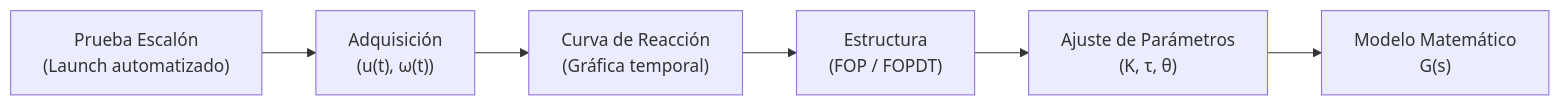
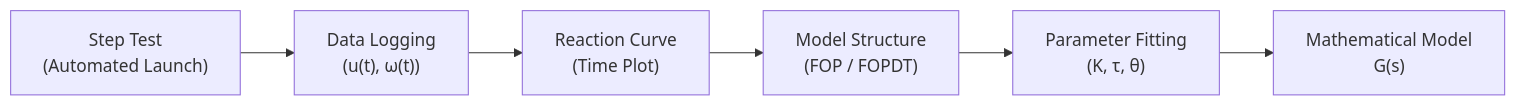
Before and after one commit to d3im3r/ros2-for-control-dc-motor-system: the first of 2 diagrams in docs/guides/Inteligente_guia2.md, drawn with Mermaid. The commit also changed other lines of this file and 10 other files, not shown here.

````diff
--- a/docs/guides/Inteligente_guia2.md
+++ b/docs/guides/Inteligente_guia2.md
@@ -79,8 +79,8 @@
 ```mermaid
 flowchart LR
-    STEP["Prueba Escalón<br>(Launch automatizado)"] --> DATA["Adquisición<br>(u(t), ω(t))"]
-    DATA --> CURVE["Curva de Reacción<br>(Gráfica temporal)"]
-    CURVE --> STRUCT["Estructura<br>(FOP / FOPDT)"]
-    STRUCT --> PARAM["Ajuste de Parámetros<br>(K, τ, θ)"]
-    PARAM --> MODEL["Modelo Matemático<br>G(s)"]
+    STEP["Step Test<br>(Automated Launch)"] --> DATA["Data Logging<br>(u(t), ω(t))"]
+    DATA --> CURVE["Reaction Curve<br>(Time Plot)"]
+    CURVE --> STRUCT["Model Structure<br>(FOP / FOPDT)"]
+    STRUCT --> PARAM["Parameter Fitting<br>(K, τ, θ)"]
+    PARAM --> MODEL["Mathematical Model<br>G(s)"]
 ```
````
